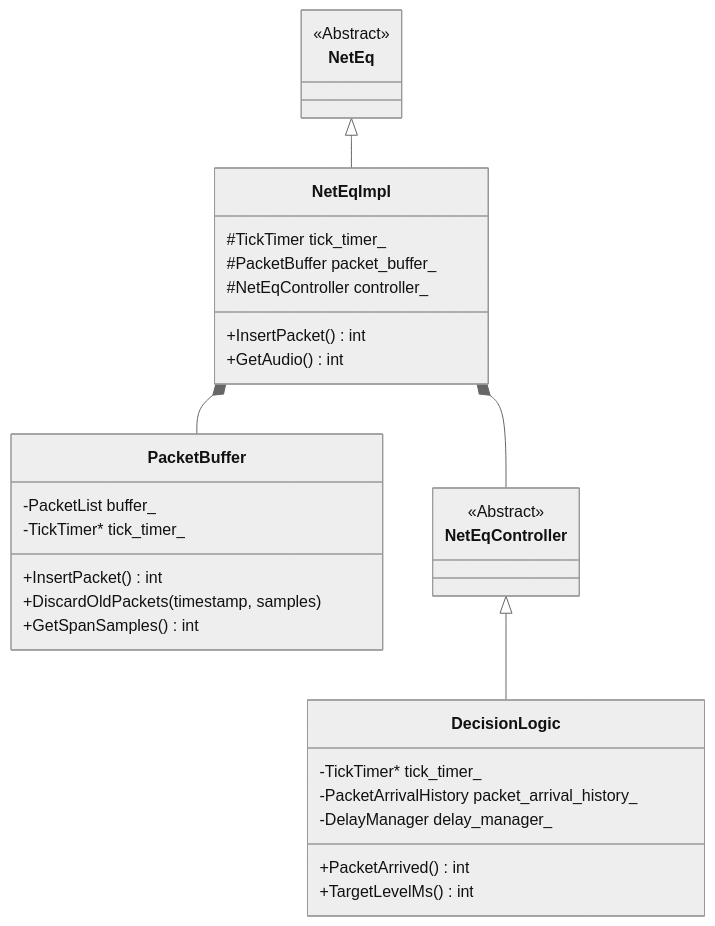
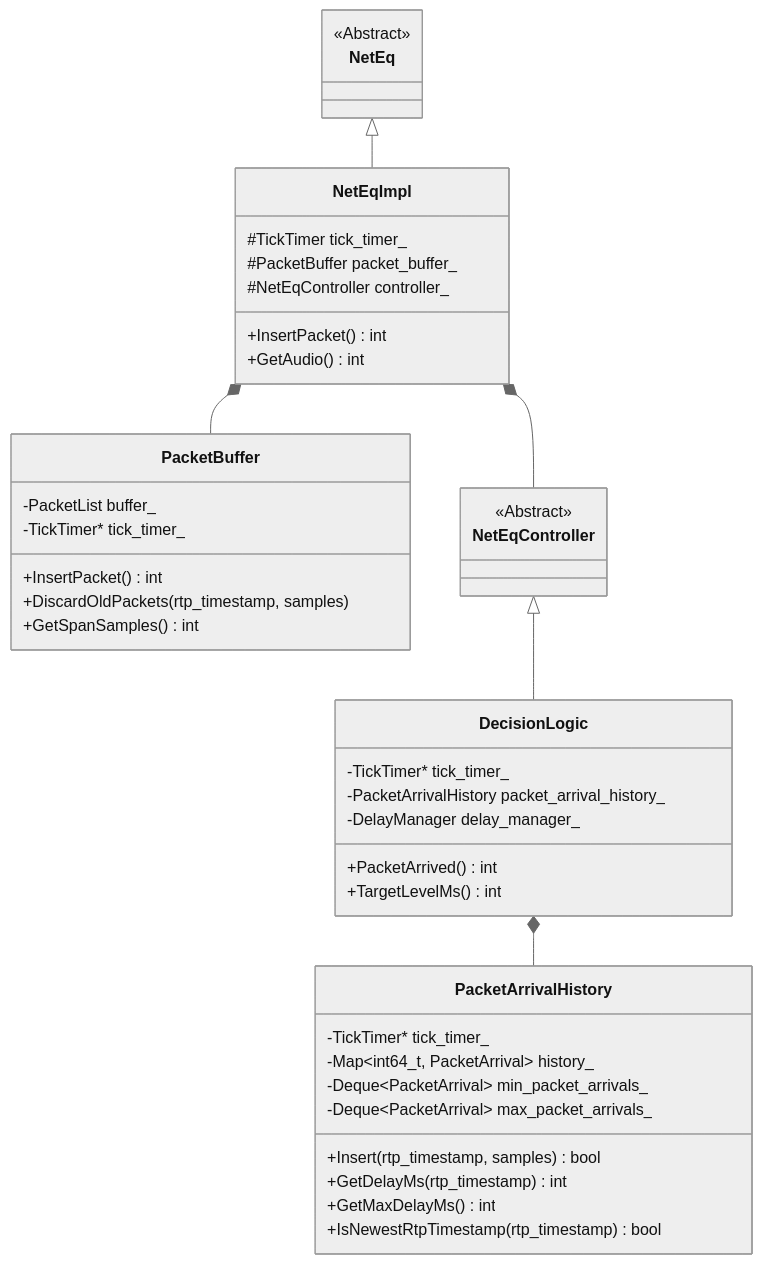
One commit to zhanwang-sky/webrtc changed the diagram in proj/neteq/README.md. Above: the diagram before and after it, drawn with Mermaid (neutral theme).

````diff
--- a/proj/neteq/README.md
+++ b/proj/neteq/README.md
@@ -1,40 +1,56 @@
 ```mermaid
 classDiagram
     NetEq <|-- NetEqImpl
     class NetEq
     <<Abstract>> NetEq
     class NetEqImpl {
         #TickTimer tick_timer_
         #PacketBuffer packet_buffer_
         #NetEqController controller_
         +InsertPacket() int
         +GetAudio() int
     }
 
     NetEqImpl *-- PacketBuffer
     class PacketBuffer {
         -PacketList buffer_
         %% Pointing to TickTimer::tick_timer_
         -TickTimer* tick_timer_
         %% 1) Record the tick value for each packet arrival
         %% 2) Insert at the appropriate position according to timestamp
         +InsertPacket() int
-        %% Discard all packets with timestamp in range (timestamp - samples, timestamp)
-        +DiscardOldPackets(timestamp, samples)
+        %% Discard all packets with timestamp in range (rtp_timestamp - samples, rtp_timestamp)
+        +DiscardOldPackets(rtp_timestamp, samples)
         %% Calculate RTP timestamp span (from last packet's end or from now)
         +GetSpanSamples() int
     }
 
     NetEqImpl *-- NetEqController
     NetEqController <|-- DecisionLogic
     class NetEqController
     <<Abstract>> NetEqController
     class DecisionLogic {
         %% Pointing to TickTimer::tick_timer_
         -TickTimer* tick_timer_
         -PacketArrivalHistory packet_arrival_history_
         -DelayManager delay_manager_
         +PacketArrived() int
         +TargetLevelMs() int
     }
+
+    DecisionLogic *-- PacketArrivalHistory
+    class PacketArrivalHistory {
+        %% Pointing to TickTimer::tick_timer_
+        -TickTimer* tick_timer_
+        %% Sorted by rtp_timestamp
+        -Map~int64_t, PacketArrival~ history_
+        %% fast -> slower
+        -Deque~PacketArrival~ min_packet_arrivals_
+        %% slow -> faster
+        -Deque~PacketArrival~ max_packet_arrivals_
+        +Insert(rtp_timestamp, samples) bool
+        +GetDelayMs(rtp_timestamp) int
+        +GetMaxDelayMs() int
+        +IsNewestRtpTimestamp(rtp_timestamp) bool
+    }
 ```
````
